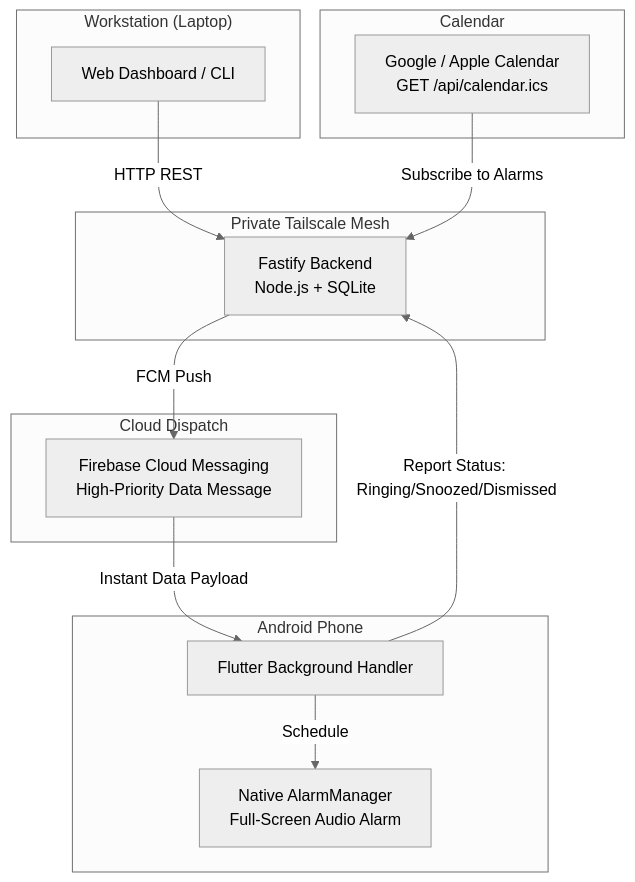
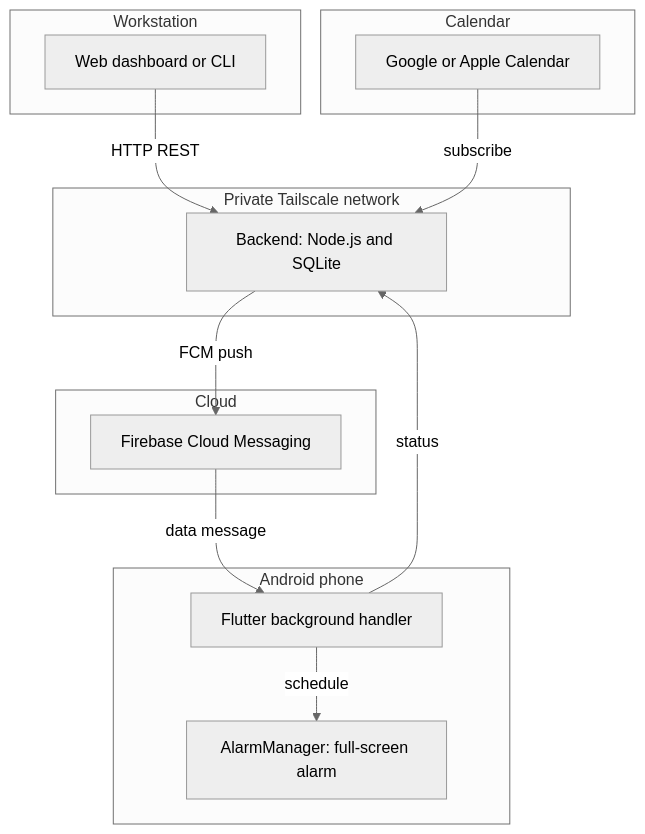
One commit to danieltsam/klaxon changed the diagram in README.md. Above: the diagram before and after it, drawn with Mermaid (neutral theme). The commit also changed other lines of this file, not shown here.

````diff
--- a/README.md
+++ b/README.md
@@ -29,30 +37,30 @@
 ```mermaid
 graph TD
-    subgraph "Workstation (Laptop)"
-        A[Web Dashboard / CLI]
+    subgraph "Workstation"
+        A[Web dashboard or CLI]
     end
 
-    subgraph "Private Tailscale Mesh"
-        B[Fastify Backend<br/>Node.js + SQLite]
+    subgraph "Private Tailscale network"
+        B[Backend: Node.js and SQLite]
     end
 
-    subgraph "Cloud Dispatch"
-        C[Firebase Cloud Messaging<br/>High-Priority Data Message]
+    subgraph "Cloud"
+        C[Firebase Cloud Messaging]
     end
 
-    subgraph "Android Phone"
-        D[Flutter Background Handler]
-        E[Native AlarmManager<br/>Full-Screen Audio Alarm]
+    subgraph "Android phone"
+        D[Flutter background handler]
+        E[AlarmManager: full-screen alarm]
     end
 
     subgraph "Calendar"
-        F[Google / Apple Calendar<br/>GET /api/calendar.ics]
+        F[Google or Apple Calendar]
     end
 
     A -->|HTTP REST| B
-    B -->|FCM Push| C
-    C -->|Instant Data Payload| D
-    D -->|Schedule| E
-    D -->|Report Status: Ringing/Snoozed/Dismissed| B
-    F -->|Subscribe to Alarms| B
+    B -->|FCM push| C
+    C -->|data message| D
+    D -->|schedule| E
+    D -->|status| B
+    F -->|subscribe| B
 ```
````
